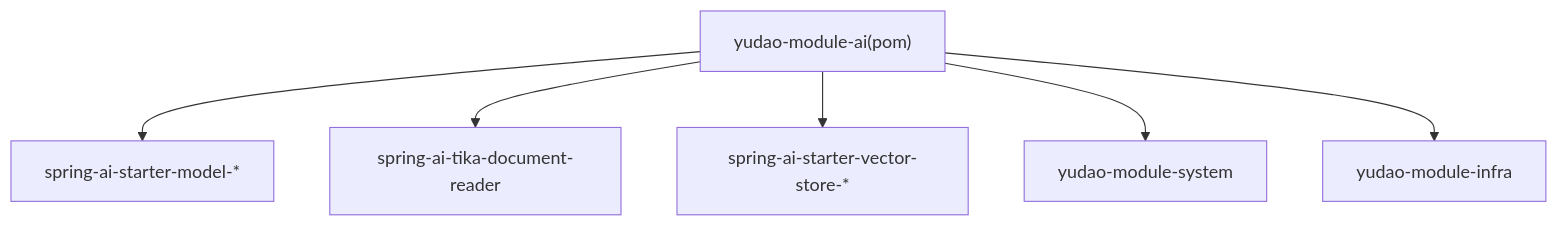
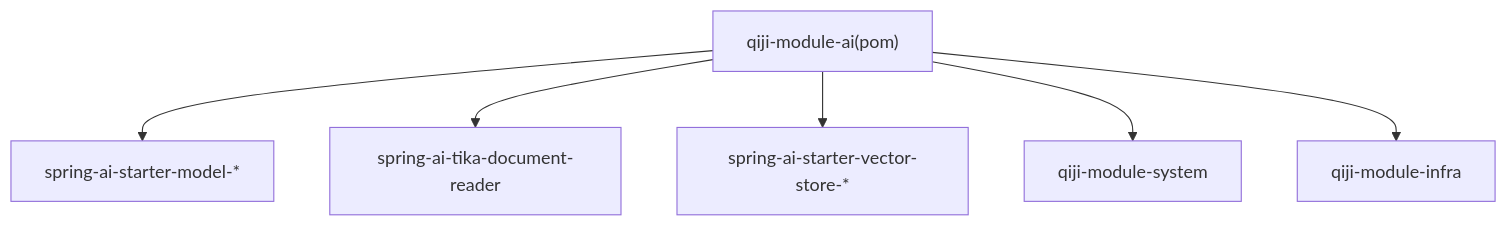
Before and after one commit to zhuangpengLI/AgenticCPS: the sixth of 6 diagrams in backend/.qoder/repowiki/zh/content/核心业务模块/AI大模型模块/AI知识库管理.md, drawn with Mermaid. The commit also changed other lines of this file and 3489 other files, not shown here.

````diff
--- a/backend/.qoder/repowiki/zh/content/核心业务模块/AI大模型模块/AI知识库管理.md
+++ b/backend/.qoder/repowiki/zh/content/核心业务模块/AI大模型模块/AI知识库管理.md
@@ -298,8 +298,8 @@
 ```mermaid
 graph TB
-A["yudao-module-ai(pom)"] --> B["spring-ai-starter-model-*"]
+A["qiji-module-ai(pom)"] --> B["spring-ai-starter-model-*"]
 A --> C["spring-ai-tika-document-reader"]
 A --> D["spring-ai-starter-vector-store-*"]
-A --> E["yudao-module-system"]
-A --> F["yudao-module-infra"]
+A --> E["qiji-module-system"]
+A --> F["qiji-module-infra"]
 ```
````
